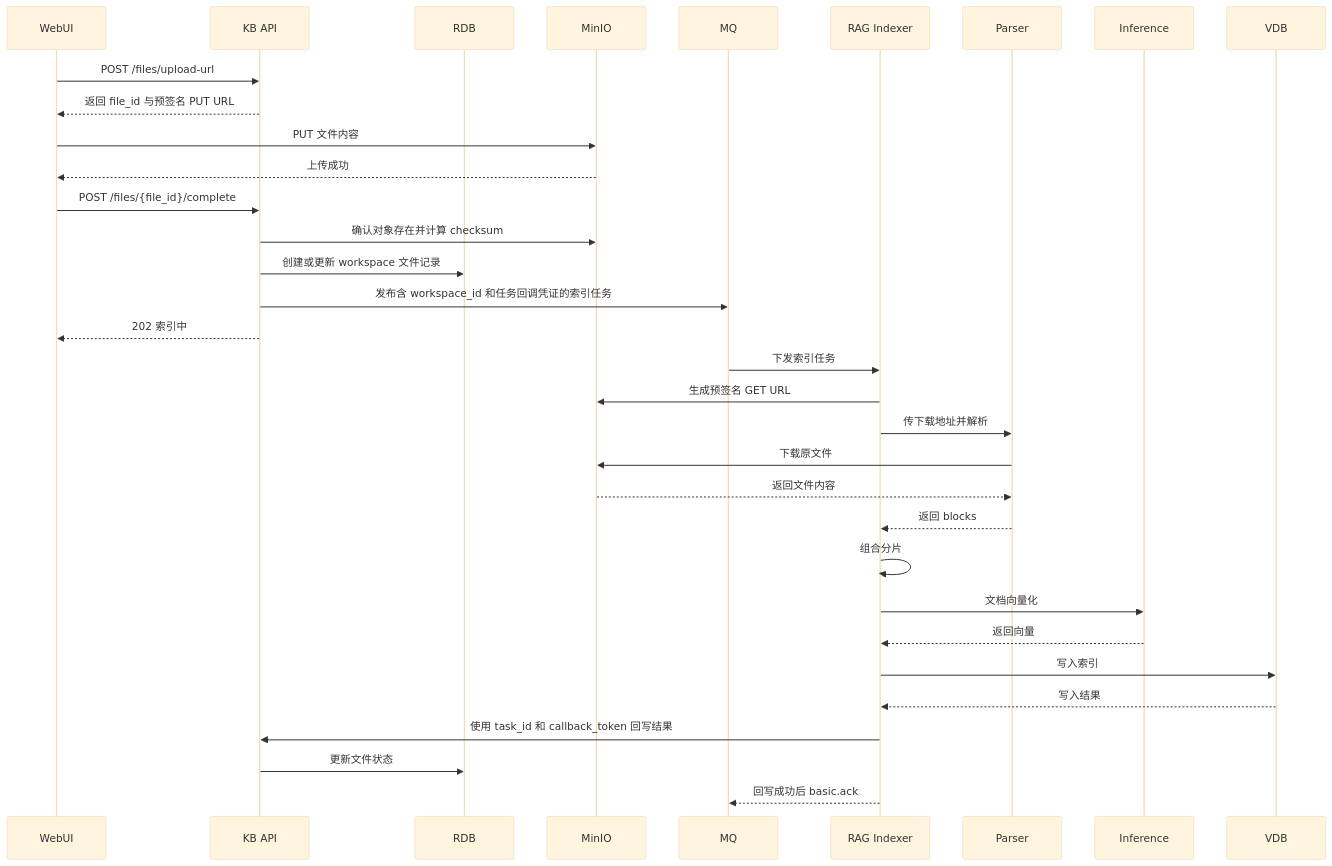
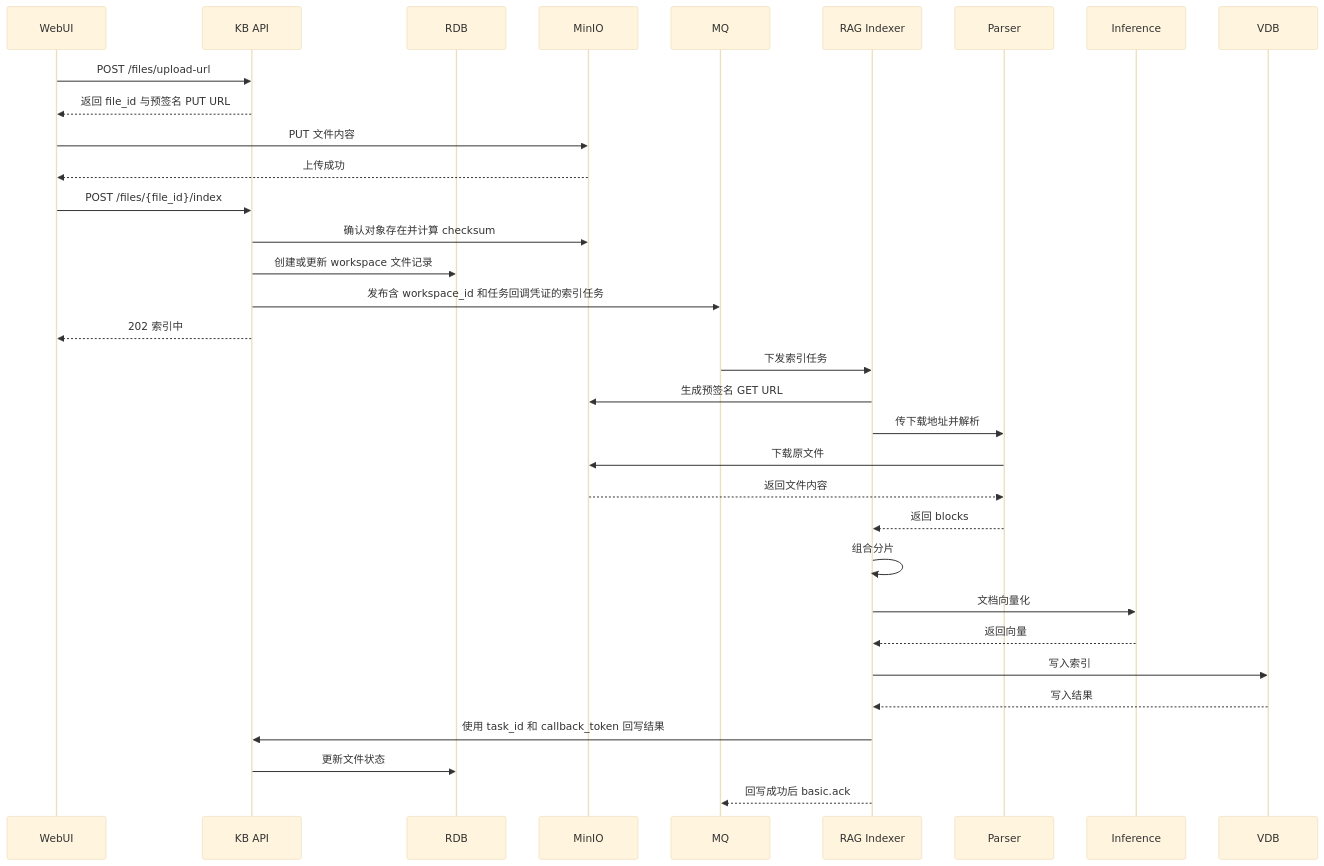
The third of 4 diagrams in docs/interaction-design.md (guobinqiu/kb), drawn with Mermaid (base theme) before and after one commit. The commit also changed 9 other files, not shown here.

````diff
--- a/docs/interaction-design.md
+++ b/docs/interaction-design.md
@@ -149,37 +149,37 @@
 ```mermaid
 sequenceDiagram
     participant WebUI
     participant KBAPI as KB API
     participant RDB
     participant MinIO
     participant MQ
     participant Indexer as RAG Indexer
     participant Parser
     participant Inference
     participant VDB
 
     WebUI->>KBAPI: POST /files/upload-url
     KBAPI-->>WebUI: 返回 file_id 与预签名 PUT URL
     WebUI->>MinIO: PUT 文件内容
     MinIO-->>WebUI: 上传成功
-    WebUI->>KBAPI: POST /files/{file_id}/complete
+    WebUI->>KBAPI: POST /files/{file_id}/index
     KBAPI->>MinIO: 确认对象存在并计算 checksum
     KBAPI->>RDB: 创建或更新 workspace 文件记录
     KBAPI->>MQ: 发布含 workspace_id 和任务回调凭证的索引任务
     KBAPI-->>WebUI: 202 索引中
 
     MQ->>Indexer: 下发索引任务
     Indexer->>MinIO: 生成预签名 GET URL
     Indexer->>Parser: 传下载地址并解析
     Parser->>MinIO: 下载原文件
     MinIO-->>Parser: 返回文件内容
     Parser-->>Indexer: 返回 blocks
     Indexer->>Indexer: 组合分片
     Indexer->>Inference: 文档向量化
     Inference-->>Indexer: 返回向量
     Indexer->>VDB: 写入索引
     VDB-->>Indexer: 写入结果
     Indexer->>KBAPI: 使用 task_id 和 callback_token 回写结果
     KBAPI->>RDB: 更新文件状态
     Indexer-->>MQ: 回写成功后 basic.ack
 ```
````
